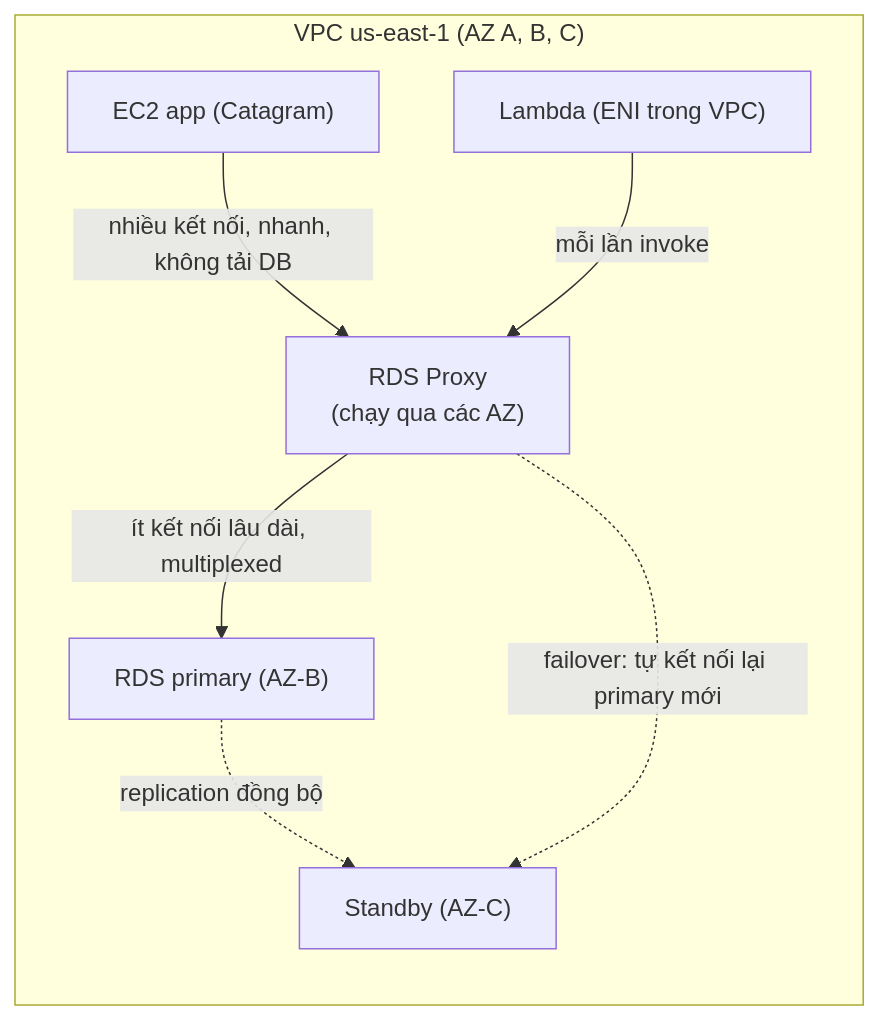
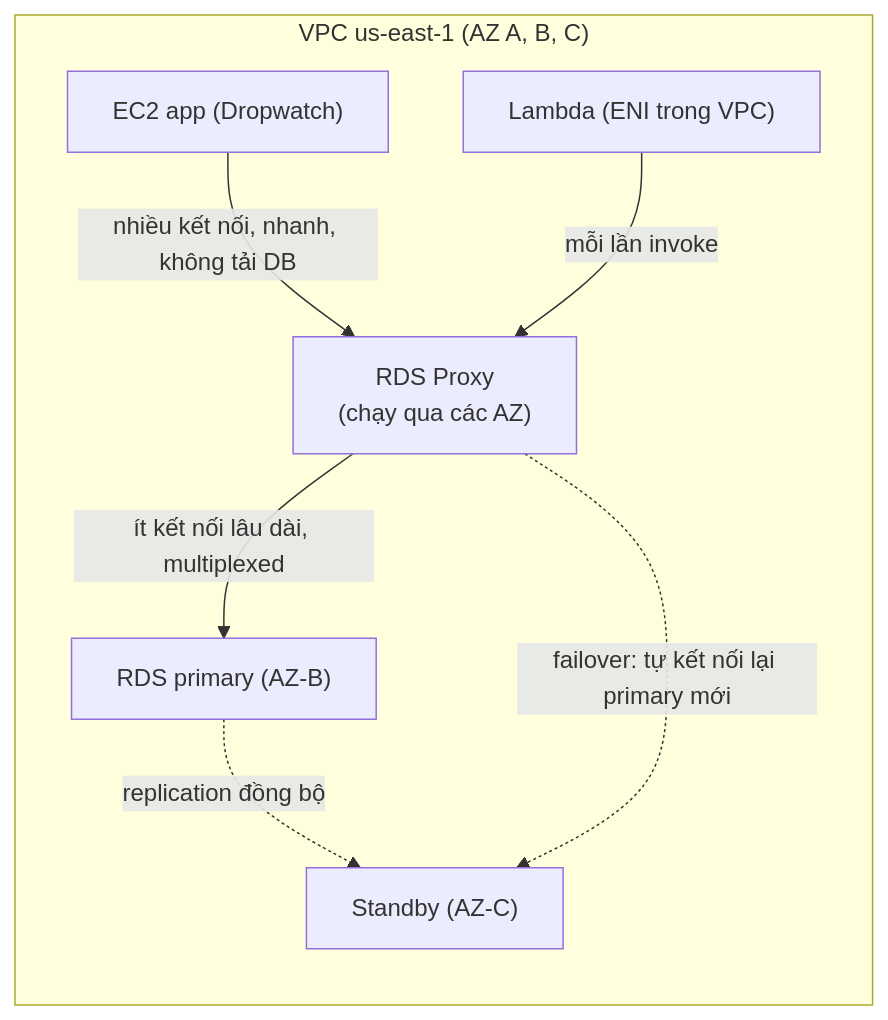
The diagram in data/11 Databases/RDS Proxy.md (hairbui76/aws-saa-c03), drawn with Mermaid before and after one commit. The commit also changed other lines of this file and 68 other files, not shown here.

````diff
--- a/data/11 Databases/RDS Proxy.md
+++ b/data/11 Databases/RDS Proxy.md
@@ -34,15 +35,15 @@
 ```mermaid
 flowchart LR
   subgraph VPC["VPC us-east-1 (AZ A, B, C)"]
-    EC2["EC2 app (Catagram)"]
+    EC2["EC2 app (Dropwatch)"]
     L["Lambda (ENI trong VPC)"]
     PX["RDS Proxy<br/>(chạy qua các AZ)"]
     P["RDS primary (AZ-B)"]
     S["Standby (AZ-C)"]
   end
   EC2 -- "nhiều kết nối, nhanh, không tải DB" --> PX
   L -- "mỗi lần invoke" --> PX
   PX -- "ít kết nối lâu dài, multiplexed" --> P
   P -. "replication đồng bộ" .-> S
   PX -. "failover: tự kết nối lại primary mới" .-> S
 ```
````
